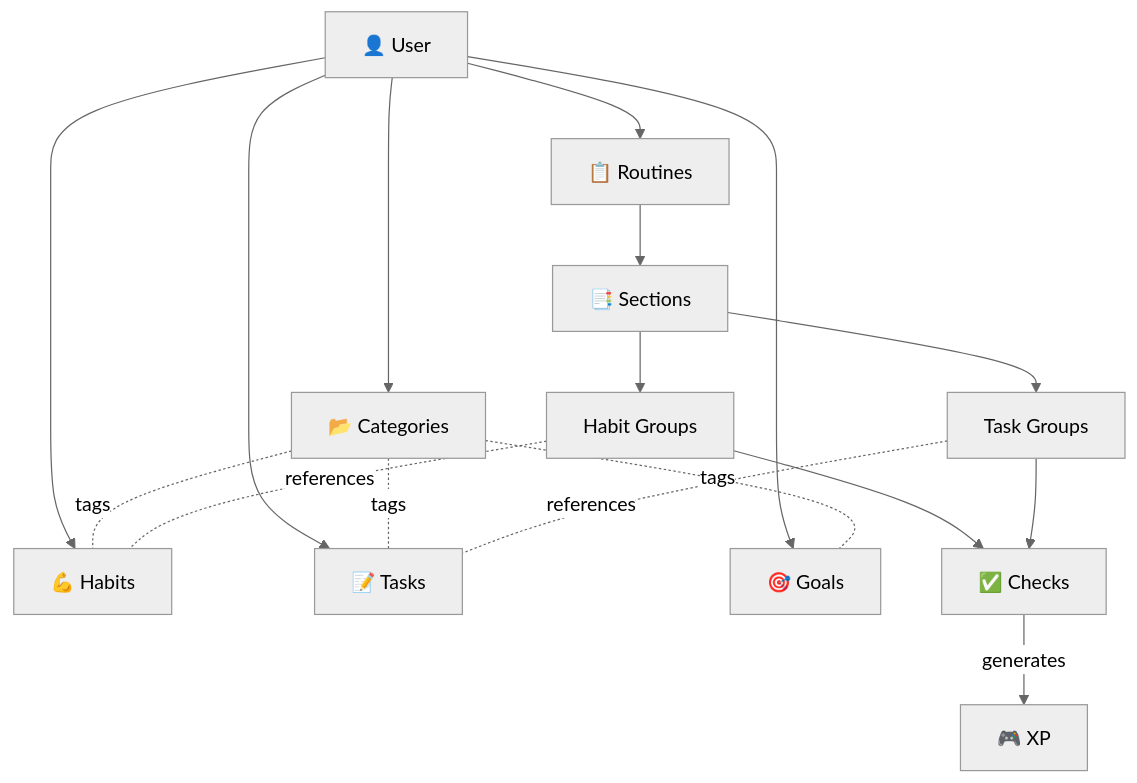
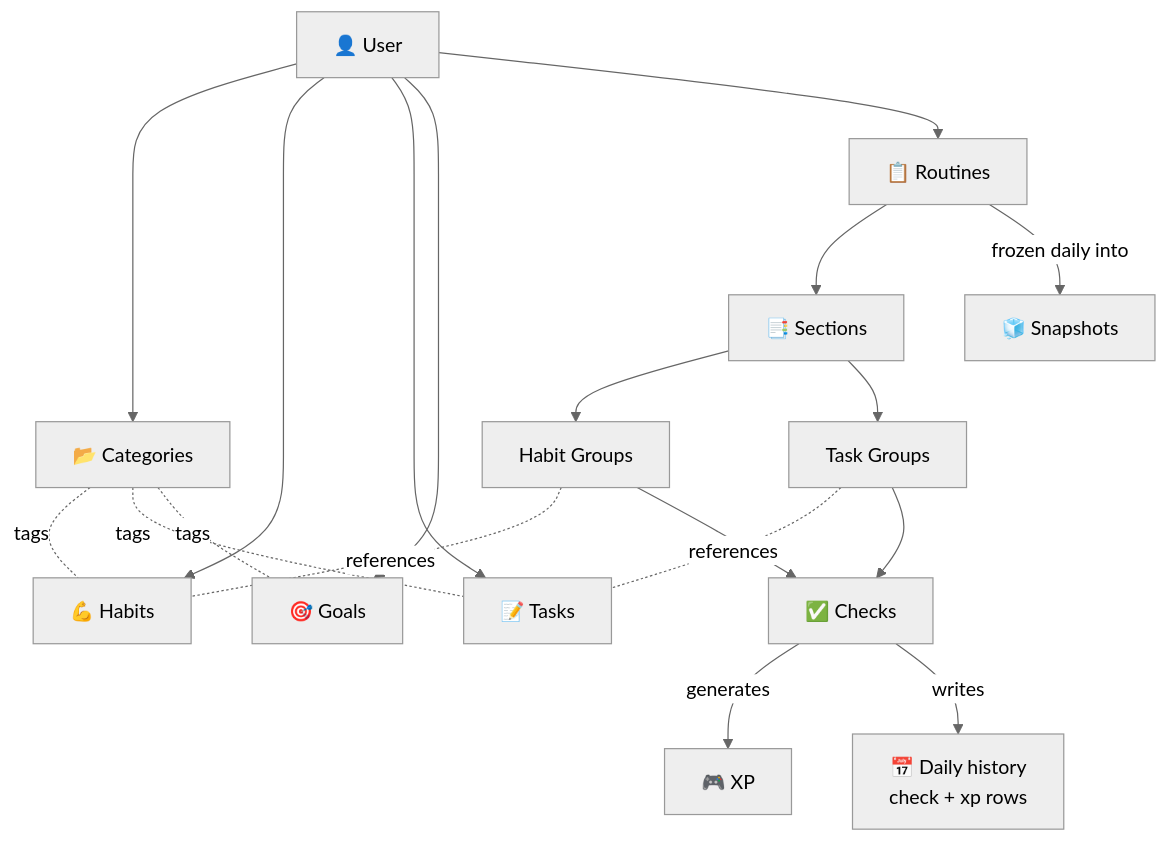
The first of 5 diagrams in architecture/domain-model/en.md (AndDev741/Beyou-arch-design), drawn with Mermaid (neutral theme) before and after one commit. The commit also changed other lines of this file and 3 other files, not shown here.

First line of the commit message:
docs(architecture): bring the domain model up to the real entity set

````diff
--- a/architecture/domain-model/en.md
+++ b/architecture/domain-model/en.md
@@ -12,23 +14,25 @@
 ```mermaid
 flowchart TD
   U["👤 User"]
   U --> CAT["📂 Categories"]
   U --> HAB["💪 Habits"]
   U --> TSK["📝 Tasks"]
   U --> GOL["🎯 Goals"]
   U --> RTN["📋 Routines"]
 
   CAT -.-|"tags"| HAB
   CAT -.-|"tags"| TSK
   CAT -.-|"tags"| GOL
 
   RTN --> SEC["📑 Sections"]
   SEC --> HG["Habit Groups"]
   SEC --> TG["Task Groups"]
   HG -.-|"references"| HAB
   TG -.-|"references"| TSK
 
   HG --> CHK["✅ Checks"]
   TG --> CHK
   CHK -->|"generates"| XP["🎮 XP"]
+  CHK -->|"writes"| HIST["📅 Daily history<br/>check + xp rows"]
+  RTN -->|"frozen daily into"| SNAP["🧊 Snapshots"]
 ```
````
